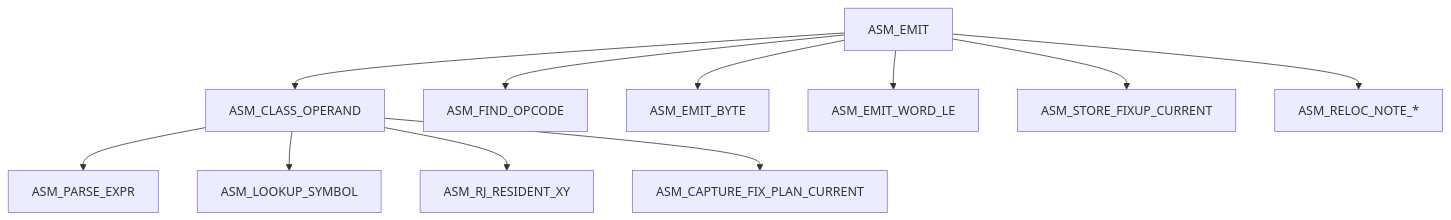
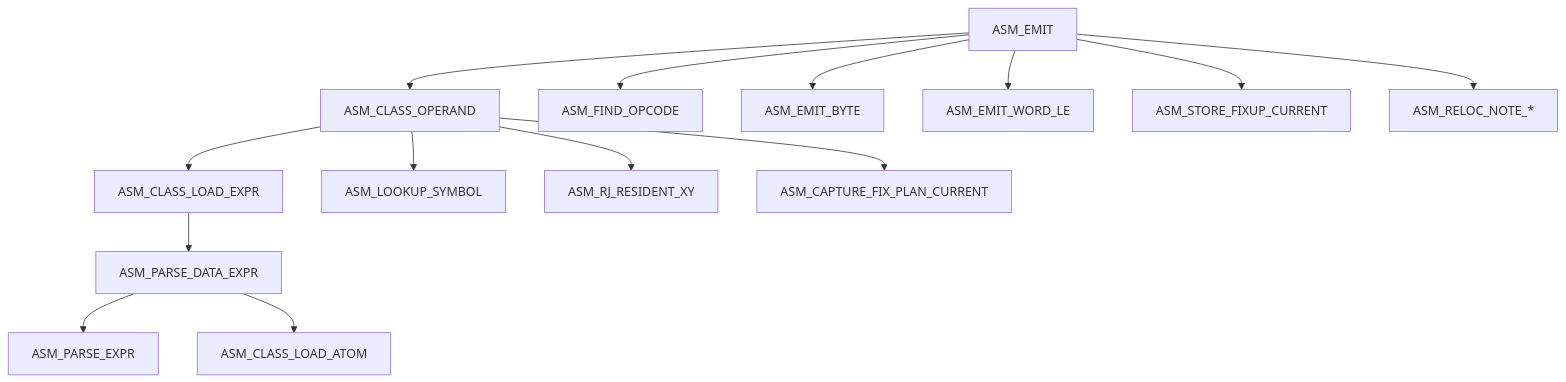
Before and after one commit to 95westus/R-YORS: the seventh of 11 diagrams in DOC/GUIDES/ASM/ASM_CALL_MAP.md, drawn with Mermaid. The commit also changed other lines of this file and 45 other files, not shown here.

````diff
--- a/DOC/GUIDES/ASM/ASM_CALL_MAP.md
+++ b/DOC/GUIDES/ASM/ASM_CALL_MAP.md
@@ -134,13 +158,16 @@
 ```mermaid
 flowchart TD
     EMIT["ASM_EMIT"] --> CLASS["ASM_CLASS_OPERAND"]
     EMIT --> FINDOP["ASM_FIND_OPCODE"]
     EMIT --> BYTE["ASM_EMIT_BYTE"]
     EMIT --> WORD["ASM_EMIT_WORD_LE"]
     EMIT --> FIXSTORE["ASM_STORE_FIXUP_CURRENT"]
     EMIT --> RELOCNOTE["ASM_RELOC_NOTE_*"]
-    CLASS --> EXPR["ASM_PARSE_EXPR"]
+    CLASS --> LOADEXPR["ASM_CLASS_LOAD_EXPR"]
+    LOADEXPR --> DATAEXPR["ASM_PARSE_DATA_EXPR"]
+    DATAEXPR --> EXPR["ASM_PARSE_EXPR"]
+    DATAEXPR --> ATOM["ASM_CLASS_LOAD_ATOM"]
     CLASS --> LOOKUP["ASM_LOOKUP_SYMBOL"]
     CLASS --> RESIDENT["ASM_RJ_RESIDENT_XY"]
     CLASS --> FIXPLAN["ASM_CAPTURE_FIX_PLAN_CURRENT"]
 ```
````
